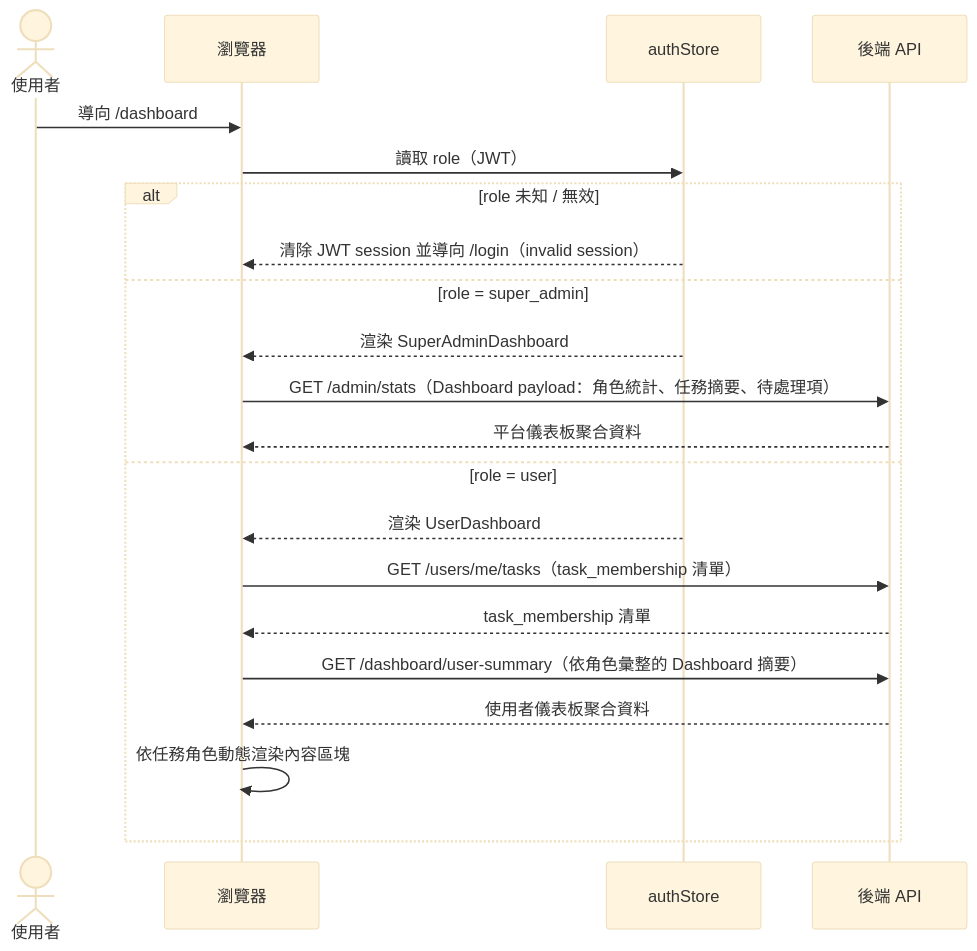
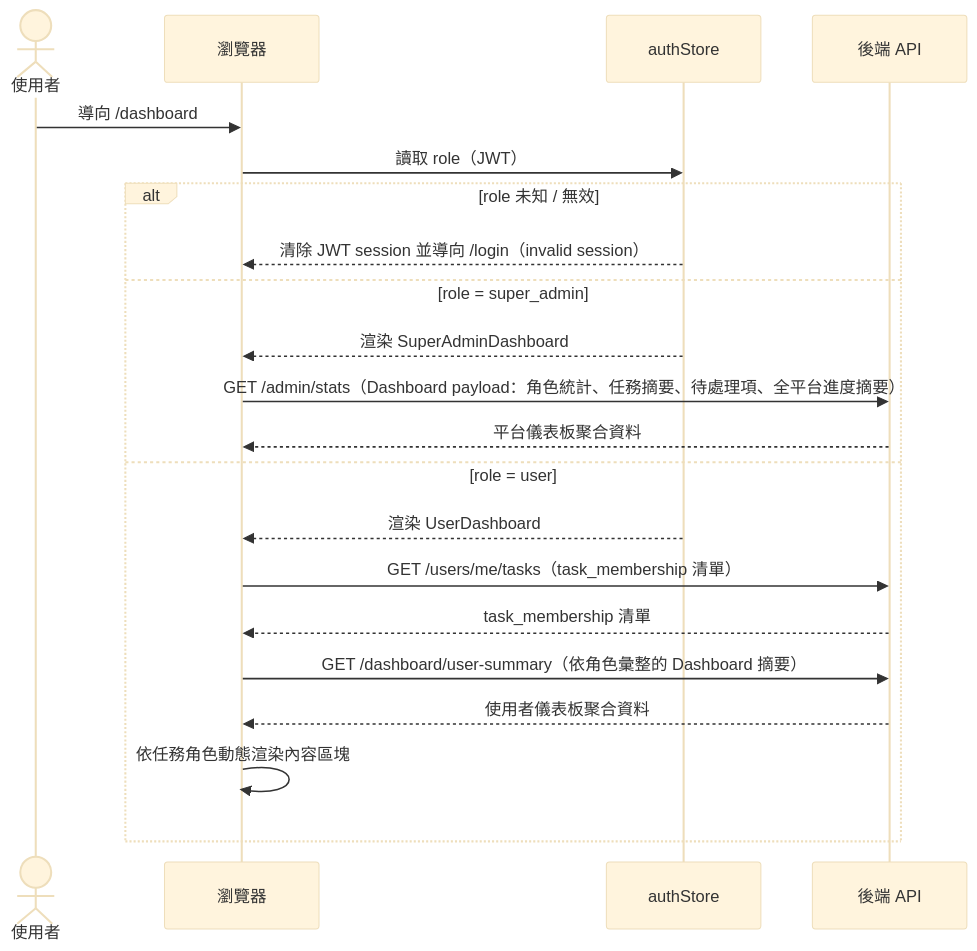
One commit to singyichen/label-suite changed the first of 7 diagrams in specs/dashboard/012-dashboard/spec.md. Above: the diagram before and after it, drawn with Mermaid (base theme). The commit also changed other lines of this file and 1 other file, not shown here.

First line of the commit message:
design(wireframe): refine dashboard SA-2 frame heights and label copy

````diff
--- a/specs/dashboard/012-dashboard/spec.md
+++ b/specs/dashboard/012-dashboard/spec.md
@@ -12,25 +38,25 @@
 ```mermaid
 sequenceDiagram
     actor 使用者
     participant 瀏覽器
     participant authStore
     participant 後端API as 後端 API
 
     使用者->>瀏覽器: 導向 /dashboard
     瀏覽器->>authStore: 讀取 role（JWT）
 
     alt role 未知 / 無效
         authStore-->>瀏覽器: 清除 JWT session 並導向 /login（invalid session）
     else role = super_admin
         authStore-->>瀏覽器: 渲染 SuperAdminDashboard
-        瀏覽器->>後端API: GET /admin/stats（Dashboard payload：角色統計、任務摘要、待處理項）
+        瀏覽器->>後端API: GET /admin/stats（Dashboard payload：角色統計、任務摘要、待處理項、全平台進度摘要）
         後端API-->>瀏覽器: 平台儀表板聚合資料
     else role = user
         authStore-->>瀏覽器: 渲染 UserDashboard
         瀏覽器->>後端API: GET /users/me/tasks（task_membership 清單）
         後端API-->>瀏覽器: task_membership 清單
         瀏覽器->>後端API: GET /dashboard/user-summary（依角色彙整的 Dashboard 摘要）
         後端API-->>瀏覽器: 使用者儀表板聚合資料
         瀏覽器->>瀏覽器: 依任務角色動態渲染內容區塊
     end
 ```
````
